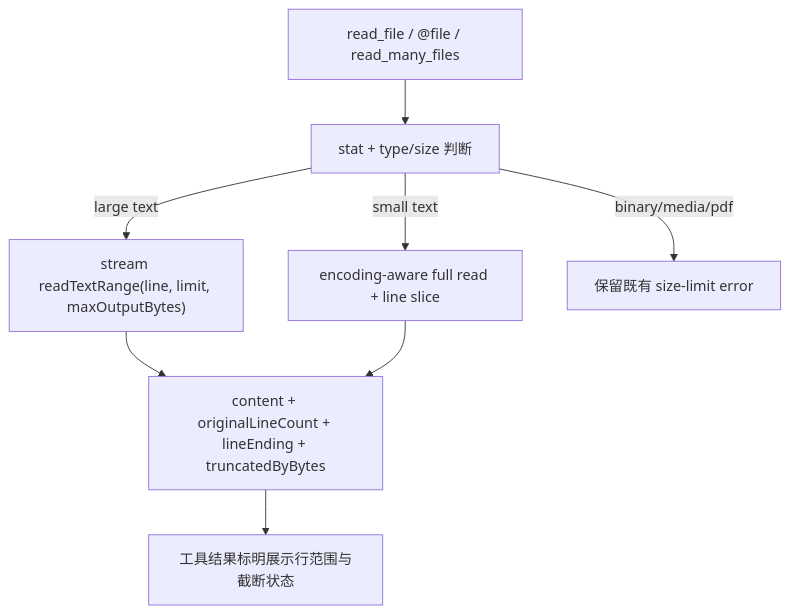
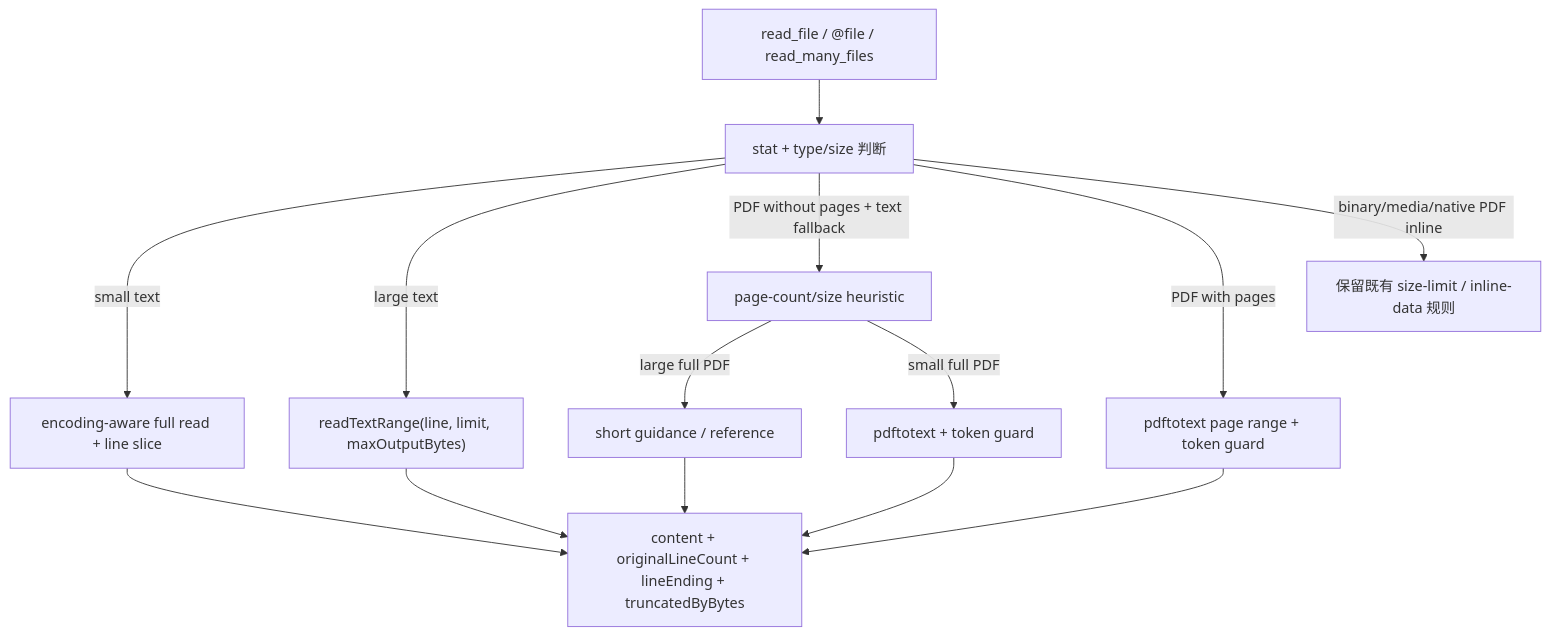
The diagram in qwen-code/feature/file-reading.md (doudouOUC/code_agent), drawn with Mermaid before and after one commit. The commit also changed other lines of this file and 14 other files, not shown here.

````diff
--- a/qwen-code/feature/file-reading.md
+++ b/qwen-code/feature/file-reading.md
@@ -25,10 +29,16 @@
 ```mermaid
 flowchart TD
     REQ["read_file / @file / read_many_files"] --> STAT["stat + type/size 判断"]
     STAT -->|"small text"| SMALL["encoding-aware full read + line slice"]
-    STAT -->|"large text"| RANGE["stream readTextRange(line, limit, maxOutputBytes)"]
-    STAT -->|"binary/media/pdf"| LIMIT["保留既有 size-limit error"]
+    STAT -->|"large text"| RANGE["readTextRange(line, limit, maxOutputBytes)"]
+    STAT -->|"PDF without pages + text fallback"| PDFGATE["page-count/size heuristic"]
+    PDFGATE -->|"large full PDF"| GUIDANCE["short guidance / reference"]
+    PDFGATE -->|"small full PDF"| PDFTEXT["pdftotext + token guard"]
+    STAT -->|"PDF with pages"| PDFPAGE["pdftotext page range + token guard"]
+    STAT -->|"binary/media/native PDF inline"| LIMIT["保留既有 size-limit / inline-data 规则"]
     RANGE --> META["content + originalLineCount + lineEnding + truncatedByBytes"]
     SMALL --> META
-    META --> TOOL["工具结果标明展示行范围与截断状态"]
+    PDFTEXT --> META
+    PDFPAGE --> META
+    GUIDANCE --> META
 ```
````
